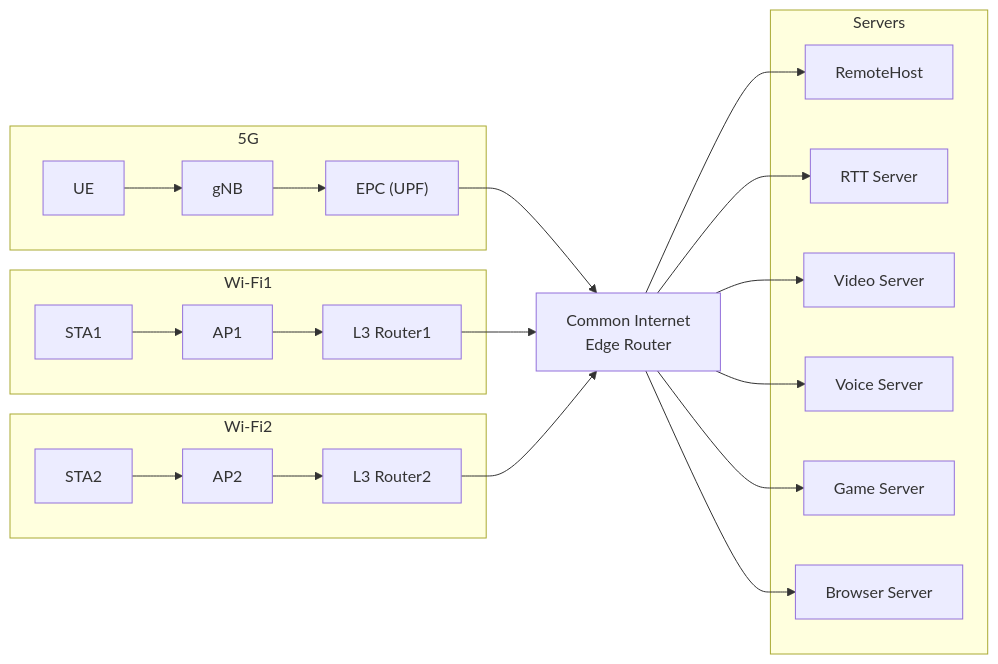
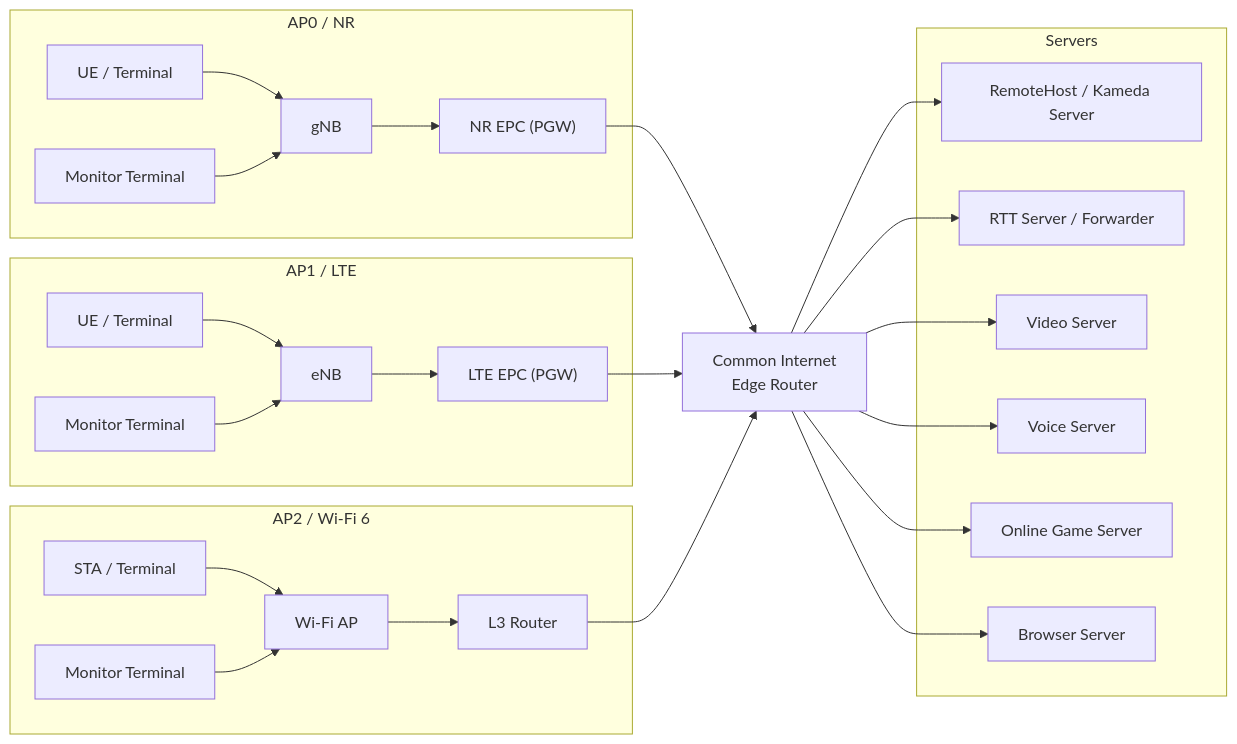
One commit to Sota-Okochi/ns-3.44 changed the diagram in README.md. Above: the diagram before and after it, drawn with Mermaid. The commit also changed other lines of this file and 8 other files, not shown here.

````diff
--- a/README.md
+++ b/README.md
@@ -21,50 +21,56 @@
 ```mermaid
 flowchart LR
     %% --- Groups ---
-    subgraph G5G["5G"]
-        UE[UE]
-        gNB[gNB]
-        EPC["EPC (UPF)"]
-        UE --> gNB
-        gNB --> EPC
+    subgraph GNR["AP0 / NR"]
+        NRUE["UE / Terminal"]
+        NRMON["Monitor Terminal"]
+        gNB["gNB"]
+        NREPC["NR EPC (PGW)"]
+        NRUE --> gNB
+        NRMON --> gNB
+        gNB --> NREPC
     end
 
-    subgraph GWiFi1["Wi-Fi1"]
-        STA1[STA1]
-        AP1[AP1]
-        L3R1["L3 Router1"]
-        STA1 --> AP1
-        AP1 --> L3R1
+    subgraph GLTE["AP1 / LTE"]
+        LTEUE["UE / Terminal"]
+        LTEMON["Monitor Terminal"]
+        eNB["eNB"]
+        LTEEPC["LTE EPC (PGW)"]
+        LTEUE --> eNB
+        LTEMON --> eNB
+        eNB --> LTEEPC
     end
 
-    subgraph GWiFi2["Wi-Fi2"]
-        STA2[STA2]
-        AP2[AP2]
-        L3R2["L3 Router2"]
-        STA2 --> AP2
-        AP2 --> L3R2
+    subgraph GWiFi["AP2 / Wi-Fi 6"]
+        STA["STA / Terminal"]
+        WIFIMON["Monitor Terminal"]
+        AP["Wi-Fi AP"]
+        L3R["L3 Router"]
+        STA --> AP
+        WIFIMON --> AP
+        AP --> L3R
     end
 
     subgraph Servers["Servers"]
-        RH[RemoteHost]
-        RTT["RTT Server"]
+        RH["RemoteHost / Kameda Server"]
+        RTT["RTT Server / Forwarder"]
         VID["Video Server"]
         VOI["Voice Server"]
-        GAM["Game Server"]
+        GAM["Online Game Server"]
         BRW["Browser Server"]
     end
 
     %% --- Core Edge ---
     CER["Common Internet<br/>Edge Router"]
-    EPC --> CER
-    L3R1 --> CER
-    L3R2 --> CER
+    NREPC --> CER
+    LTEEPC --> CER
+    L3R --> CER
 
     %% --- Fan-out to servers ---
     CER --> RH
     CER --> RTT
     CER --> VID
     CER --> VOI
     CER --> GAM
     CER --> BRW
 ```
````
